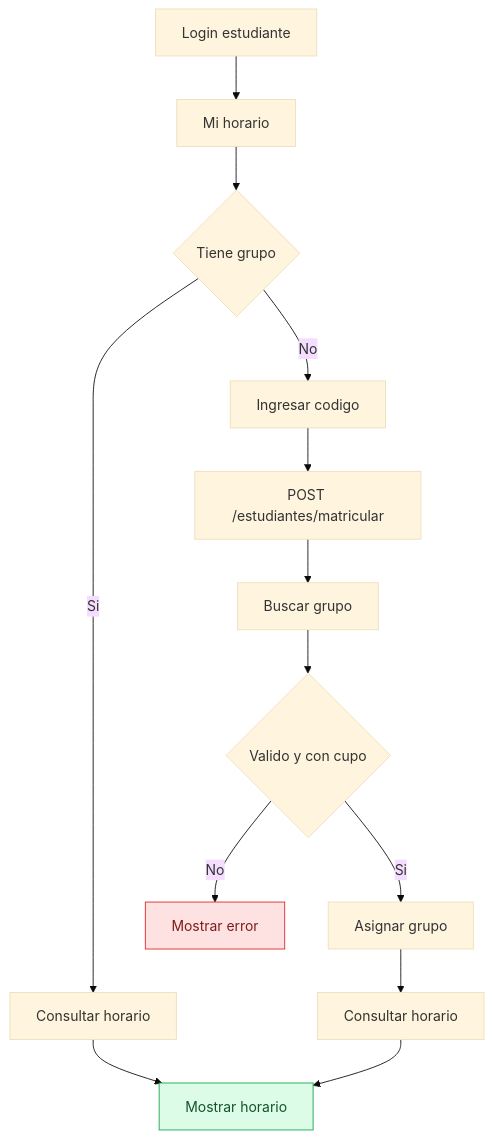
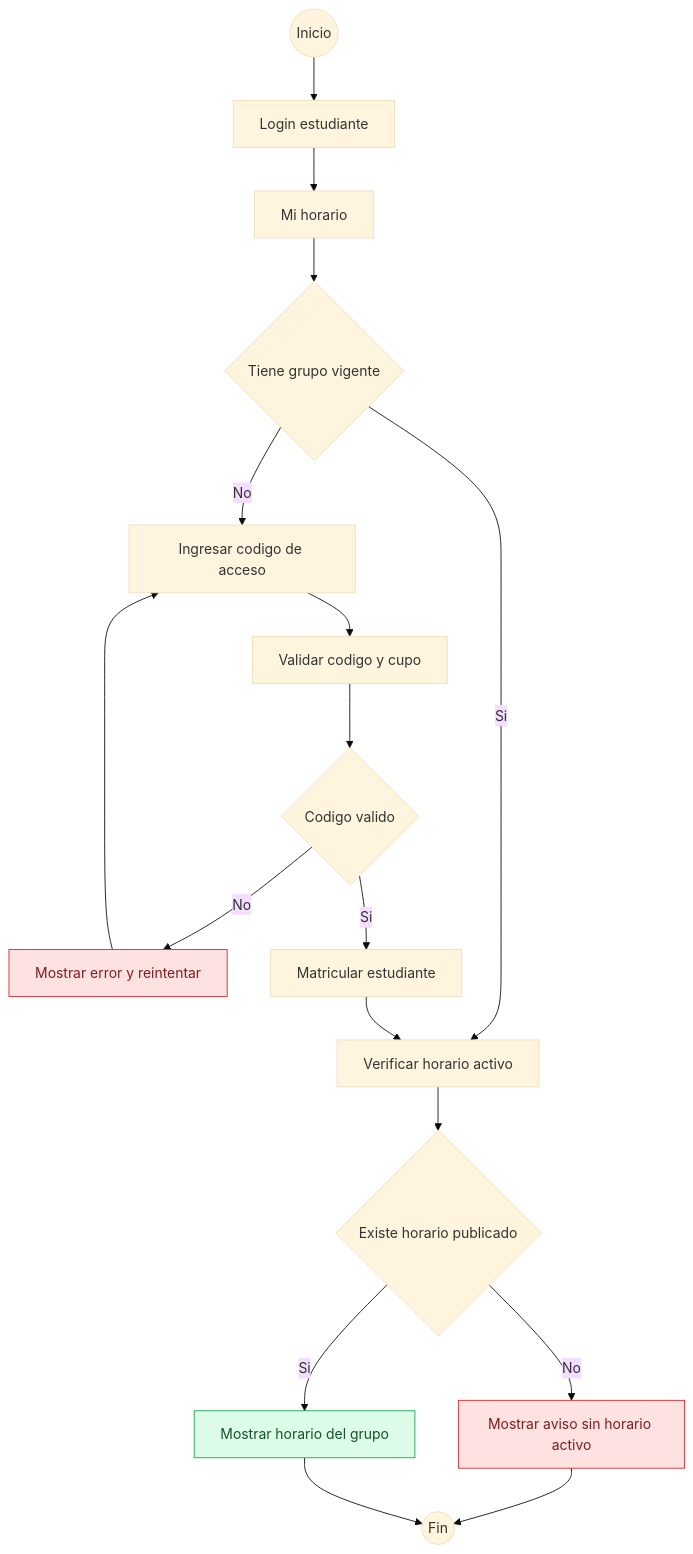
One commit to Proyecto-grado-ucc/proyectoGrado-server changed the diagram in docs/diagramas/17_flujo_inscripcion_estudiante_grupo.mmd. Above: the diagram before and after it, drawn with Mermaid (base theme). The commit also changed 34 other files, not shown here.

Commit message:
docs: refine architecture diagrams

```diff
--- a/docs/diagramas/17_flujo_inscripcion_estudiante_grupo.mmd
+++ b/docs/diagramas/17_flujo_inscripcion_estudiante_grupo.mmd
@@ -1,18 +1,22 @@
 flowchart TD
-  A["Login estudiante"] --> B["Mi horario"]
-  B --> C{"Tiene grupo"}
-  C -- "Si" --> D["Consultar horario"]
-  C -- "No" --> E["Ingresar codigo"]
-  E --> F["POST /estudiantes/matricular"]
-  F --> G["Buscar grupo"]
-  G --> H{"Valido y con cupo"}
-  H -- "No" --> I["Mostrar error"]
-  H -- "Si" --> J["Asignar grupo"]
-  J --> K["Consultar horario"]
-  D --> L["Mostrar horario"]
-  K --> L
+  A((Inicio)) --> B["Login estudiante"]
+  B --> C["Mi horario"]
+  C --> D{"Tiene grupo vigente"}
+  D -- "No" --> E["Ingresar codigo de acceso"]
+  E --> F["Validar codigo y cupo"]
+  F --> G{"Codigo valido"}
+  G -- "No" --> H["Mostrar error y reintentar"]
+  H --> E
+  G -- "Si" --> I["Matricular estudiante"]
+  D -- "Si" --> J["Verificar horario activo"]
+  I --> J
+  J --> K{"Existe horario publicado"}
+  K -- "No" --> L["Mostrar aviso sin horario activo"]
+  K -- "Si" --> M["Mostrar horario del grupo"]
+  L --> Z((Fin))
+  M --> Z
 
   classDef ok fill:#dcfce7,stroke:#16a34a,color:#14532d
   classDef warn fill:#fee2e2,stroke:#dc2626,color:#7f1d1d
-  class L ok
-  class I warn
+  class M ok
+  class H,L warn
```
